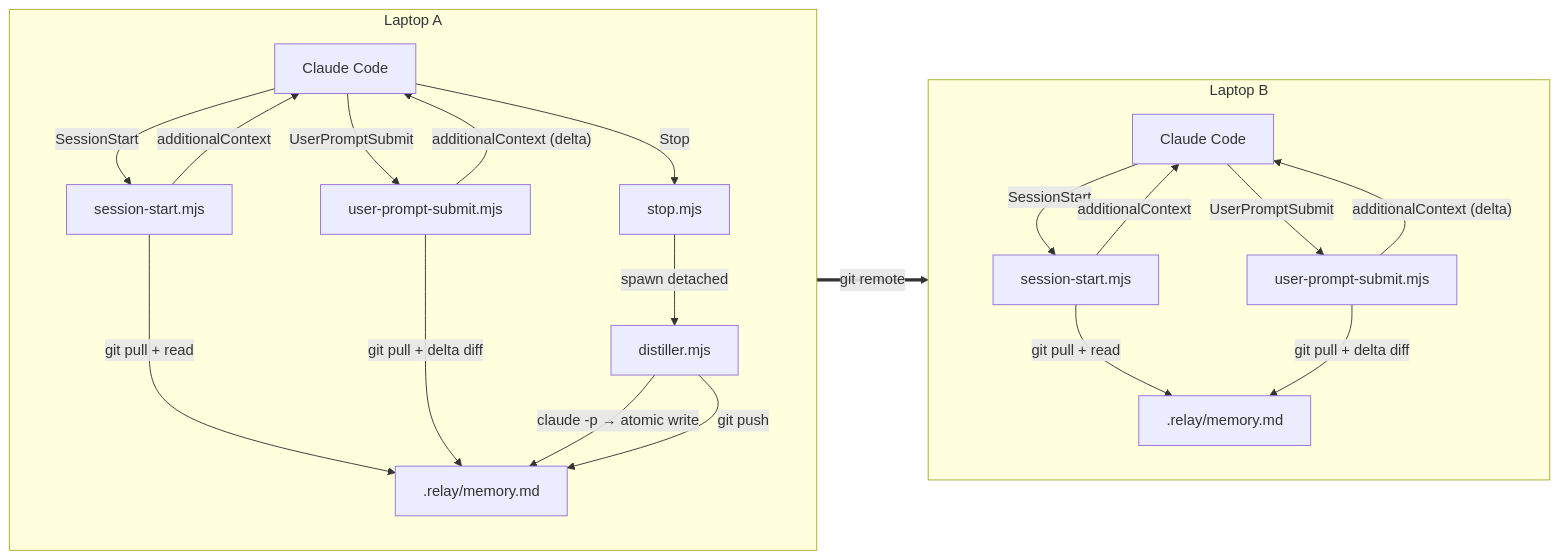
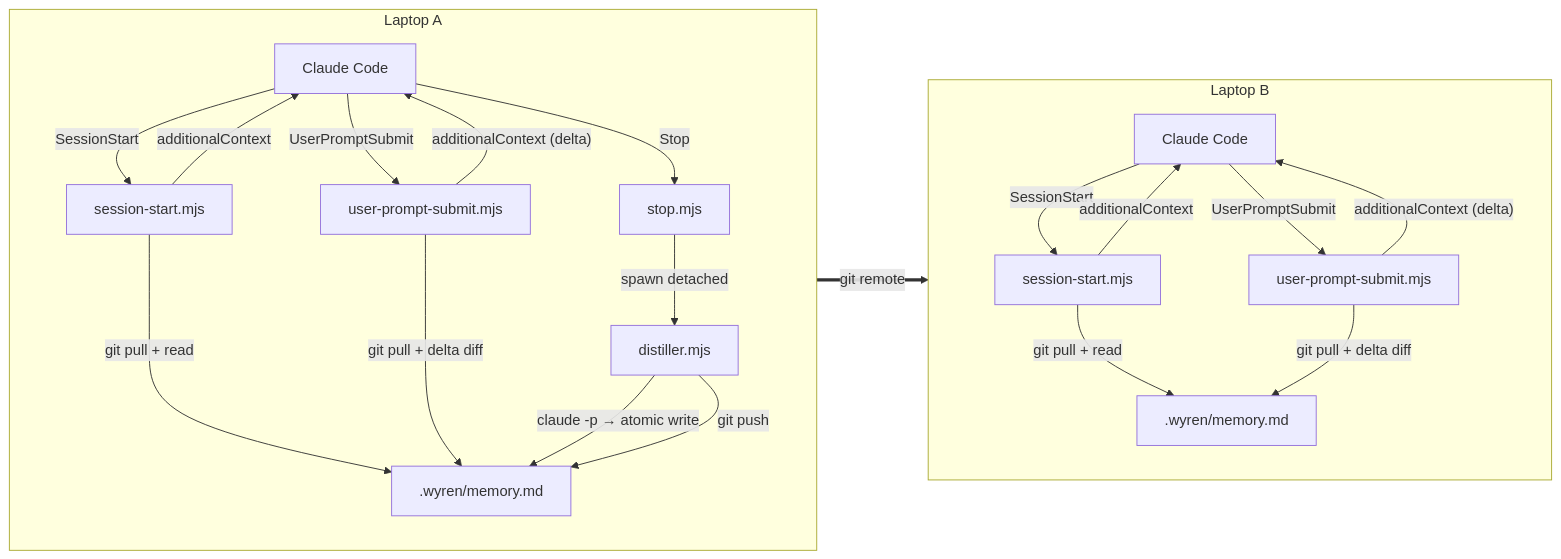
One commit to ssm-08/wyren changed the first of 4 diagrams in docs-site/src/content/docs/architecture.md. Above: the diagram before and after it, drawn with Mermaid. The commit also changed other lines of this file and 62 other files, not shown here.

Commit message:
Renaming project from relay to wyren

````diff
--- a/docs-site/src/content/docs/architecture.md
+++ b/docs-site/src/content/docs/architecture.md
@@ -10,40 +10,40 @@
 ```mermaid
 flowchart LR
     subgraph A["Laptop A"]
         direction TB
         AC[Claude Code]
         AS[session-start.mjs]
         AUPS[user-prompt-submit.mjs]
         AStop[stop.mjs]
         AD[distiller.mjs]
-        AMD[".relay/memory.md"]
+        AMD[".wyren/memory.md"]
 
         AC -- "SessionStart" --> AS
         AC -- "UserPromptSubmit" --> AUPS
         AC -- "Stop" --> AStop
         AS -- "git pull + read" --> AMD
         AS -- "additionalContext" --> AC
         AUPS -- "git pull + delta diff" --> AMD
         AUPS -- "additionalContext (delta)" --> AC
         AStop -- "spawn detached" --> AD
         AD -- "claude -p → atomic write" --> AMD
         AD -- "git push" --> AMD
     end
 
     subgraph B["Laptop B"]
         direction TB
         BC[Claude Code]
         BS[session-start.mjs]
         BUPS[user-prompt-submit.mjs]
-        BMD[".relay/memory.md"]
+        BMD[".wyren/memory.md"]
 
         BC -- "SessionStart" --> BS
         BC -- "UserPromptSubmit" --> BUPS
         BS -- "git pull + read" --> BMD
         BS -- "additionalContext" --> BC
         BUPS -- "git pull + delta diff" --> BMD
         BUPS -- "additionalContext (delta)" --> BC
     end
 
     AMD ==git remote==> BMD
 ```
````
